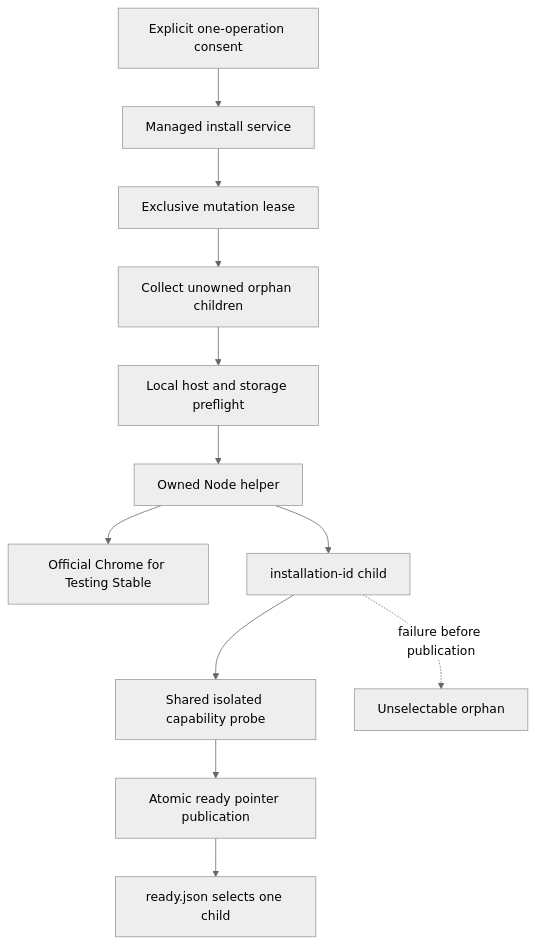
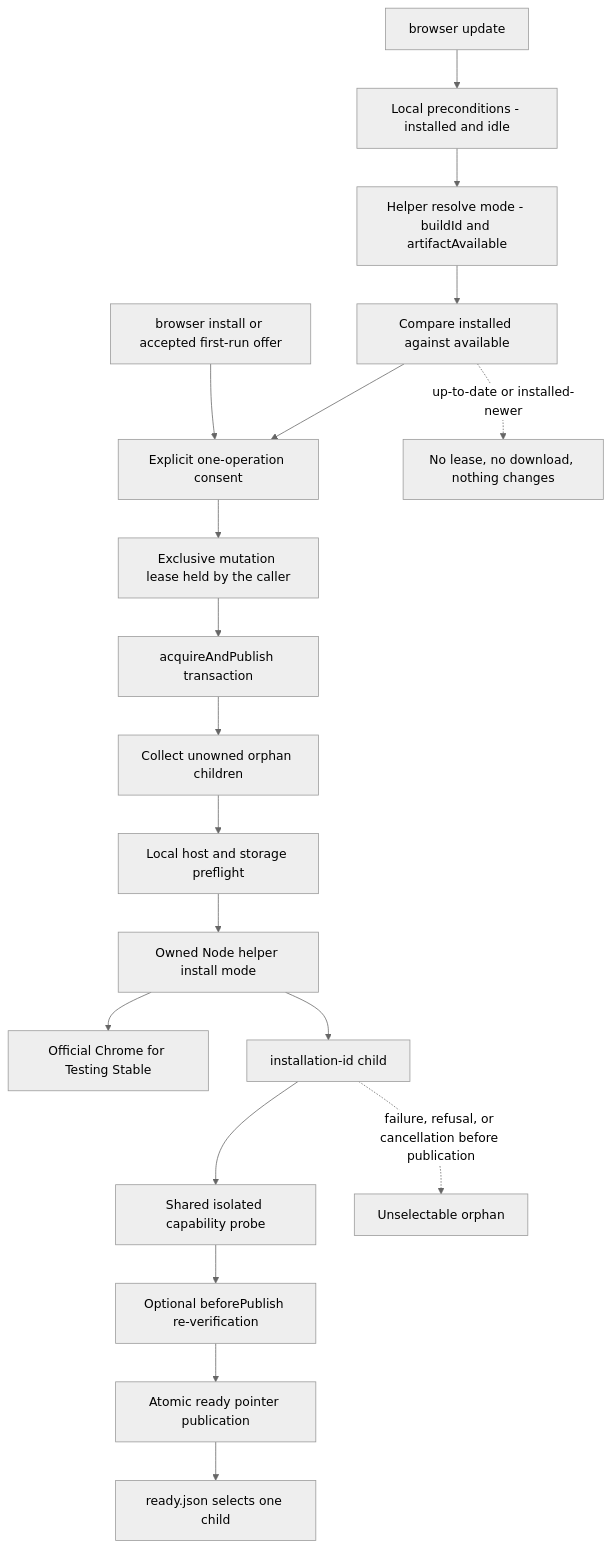
One commit to abranjith/yantra changed the sixth of 19 diagrams in docs/architecture.md. Above: the diagram before and after it, drawn with Mermaid (neutral theme). The commit also changed other lines of this file and 42 other files, not shown here.

Commit message:
core refactor - explicit managed update — availability-only

````diff
--- a/docs/architecture.md
+++ b/docs/architecture.md
@@ -316,14 +356,21 @@
 ```mermaid
 flowchart TD
-  Consent[Explicit one-operation consent] --> Install[Managed install service]
-  Install --> Lease[Exclusive mutation lease]
-  Lease --> Collect[Collect unowned orphan children]
+  InstallCmd[browser install or accepted first-run offer] --> Consent[Explicit one-operation consent]
+  UpdateCmd[browser update] --> Local[Local preconditions - installed and idle]
+  Local --> Resolve[Helper resolve mode - buildId and artifactAvailable]
+  Resolve --> Compare[Compare installed against available]
+  Compare --> Consent
+  Compare -. up-to-date or installed-newer .-> NoOp[No lease, no download, nothing changes]
+  Consent --> Lease[Exclusive mutation lease held by the caller]
+  Lease --> Acquire[acquireAndPublish transaction]
+  Acquire --> Collect[Collect unowned orphan children]
   Collect --> Preflight[Local host and storage preflight]
-  Preflight --> Helper[Owned Node helper]
+  Preflight --> Helper[Owned Node helper install mode]
   Helper --> Stable[Official Chrome for Testing Stable]
   Helper --> Candidate[installation-id child]
   Candidate --> Probe[Shared isolated capability probe]
-  Probe --> Publish[Atomic ready pointer publication]
+  Probe --> Before[Optional beforePublish re-verification]
+  Before --> Publish[Atomic ready pointer publication]
   Publish --> Ready[ready.json selects one child]
-  Candidate -. failure before publication .-> Orphan[Unselectable orphan]
+  Candidate -. failure, refusal, or cancellation before publication .-> Orphan[Unselectable orphan]
 ```
````
